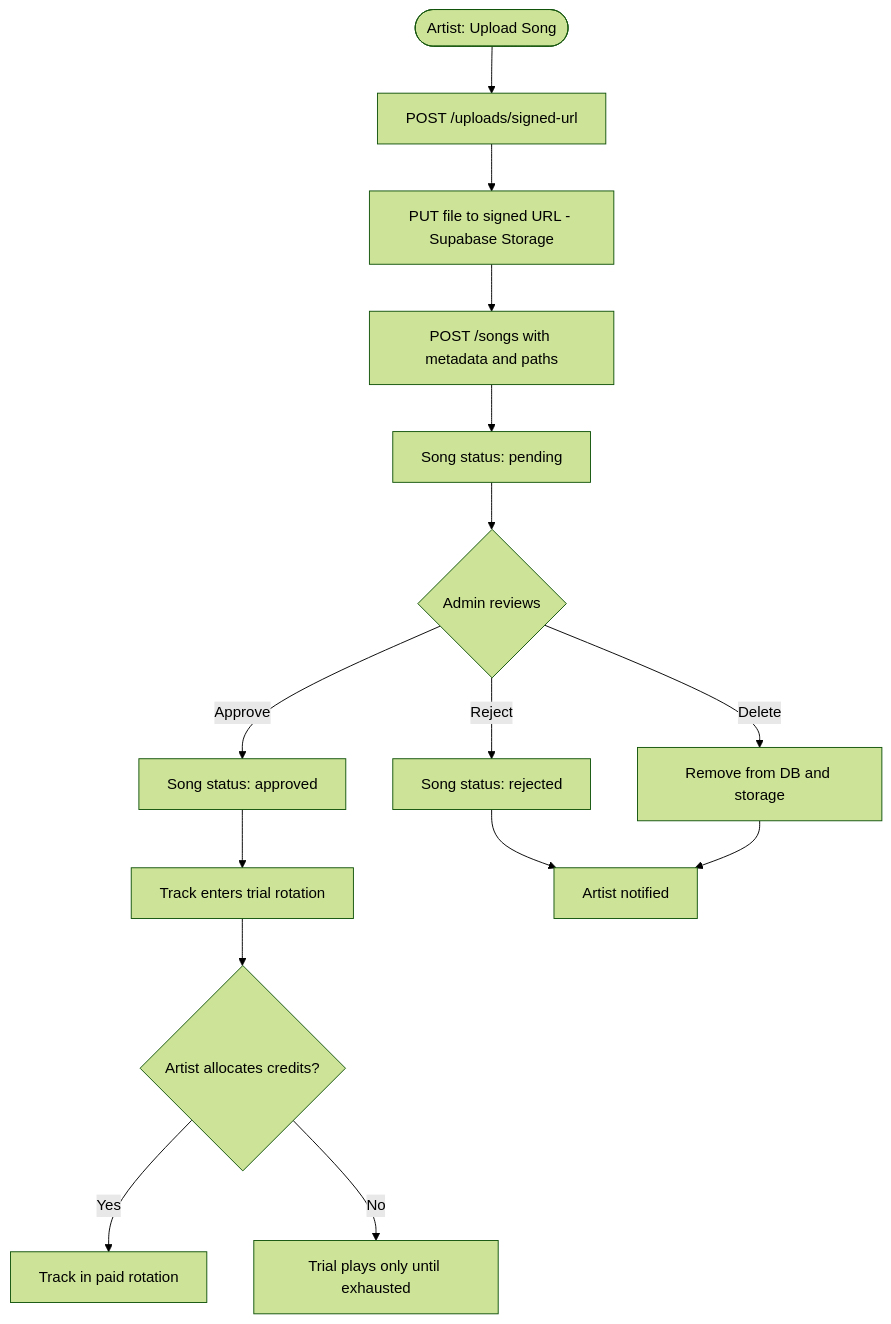
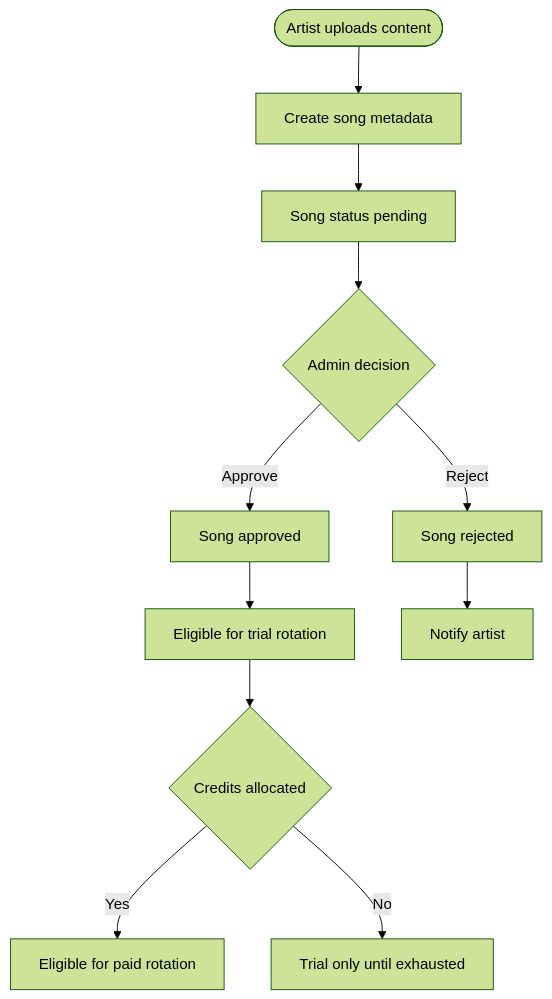
One commit to Tmaku18/RADIOapp changed the seventh of 13 diagrams in docs/UML/uml-diagrams.md. Above: the diagram before and after it, drawn with Mermaid (forest theme). The commit also changed other lines of this file and 3 other files, not shown here.

First line of the commit message:
Docs: refresh README and UML to current platform state.

````diff
--- a/docs/UML/uml-diagrams.md
+++ b/docs/UML/uml-diagrams.md
@@ -326,20 +112,13 @@
 ```mermaid
 flowchart TD
-    Start([Artist: Upload Song]) --> RequestSignedUrl[POST /uploads/signed-url]
-    RequestSignedUrl --> UploadToStorage[PUT file to signed URL - Supabase Storage]
-    UploadToStorage --> SubmitMetadata[POST /songs with metadata and paths]
-    SubmitMetadata --> SongPending[Song status: pending]
-
-    SongPending --> AdminReview{Admin reviews}
-    AdminReview -->|Approve| SongApproved[Song status: approved]
-    AdminReview -->|Reject| SongRejected[Song status: rejected]
-    AdminReview -->|Delete| SongDeleted[Remove from DB and storage]
-
-    SongApproved --> TrialPlays[Track enters trial rotation]
-    TrialPlays --> ArtistAllocates{Artist allocates credits?}
-    ArtistAllocates -->|Yes| PaidRotation[Track in paid rotation]
-    ArtistAllocates -->|No| TrialOnly[Trial plays only until exhausted]
-
-    SongRejected --> NotifyArtist[Artist notified]
-    SongDeleted --> NotifyArtist
+  UploadStart([Artist uploads content]) --> SubmitSong[Create song metadata]
+  SubmitSong --> PendingReview[Song status pending]
+  PendingReview --> AdminDecision{Admin decision}
+  AdminDecision -->|Approve| ApprovedSong[Song approved]
+  AdminDecision -->|Reject| RejectedSong[Song rejected]
+  ApprovedSong --> TrialRotation[Eligible for trial rotation]
+  TrialRotation --> CreditDecision{Credits allocated}
+  CreditDecision -->|Yes| PaidRotation[Eligible for paid rotation]
+  CreditDecision -->|No| TrialOnly[Trial only until exhausted]
+  RejectedSong --> NotifyArtist[Notify artist]
 ```
````
